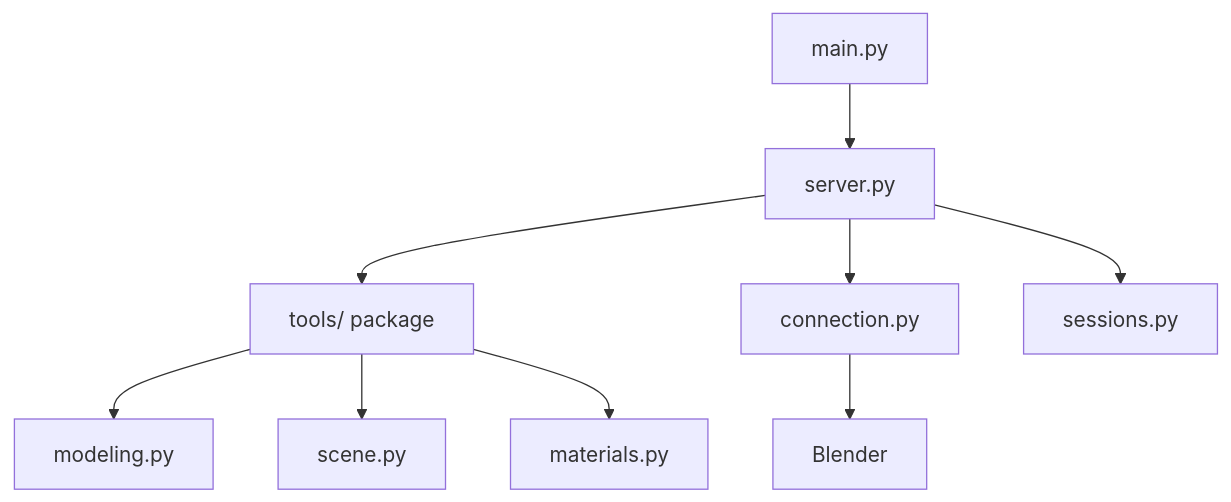
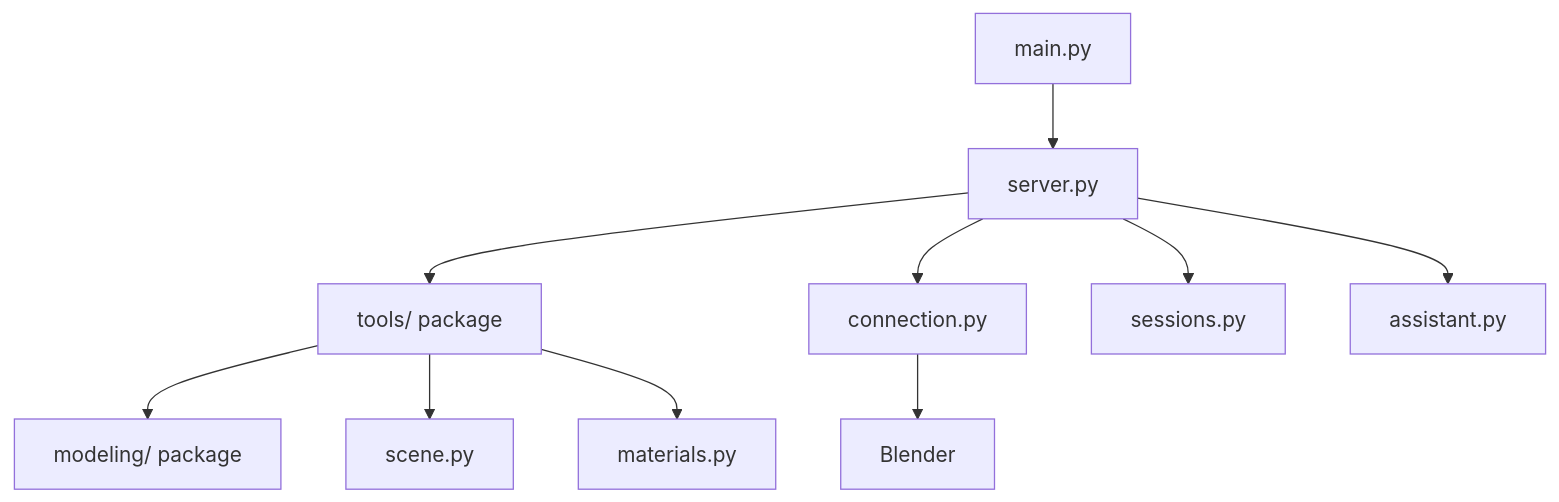
The second of 2 diagrams in README.md (KHALEDNOAMAN/blender-mcp-bridge), drawn with Mermaid before and after one commit. The commit also changed other lines of this file and 54 other files, not shown here.

````diff
--- a/README.md
+++ b/README.md
@@ -424,11 +345,12 @@
 ```mermaid
 graph TD
     A[main.py] --> B[server.py]
     B --> C[tools/ package]
-    C --> D[modeling.py]
+    C --> D[modeling/ package]
     C --> E[scene.py]
     C --> F[materials.py]
     B --> G[connection.py]
     B --> I[sessions.py]
+    B --> J[assistant.py]
     G --> H[Blender]
 ```
````
